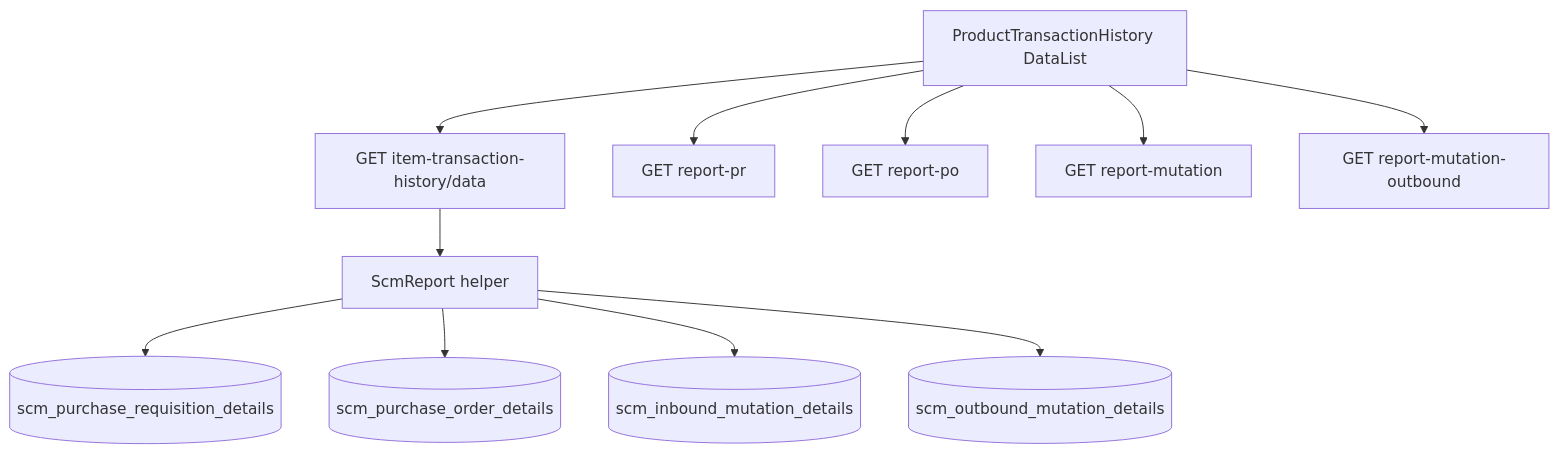
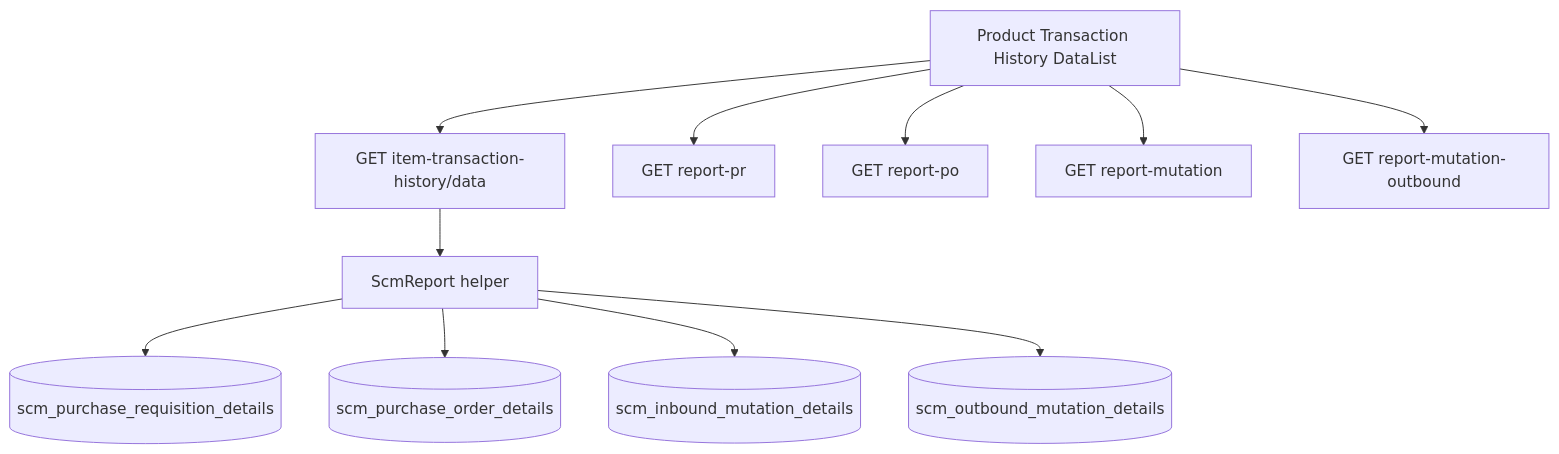
Before and after one commit to yendyr/olshoperp-docs: the diagram in qa-docs/supplychain-product-transaction-history/requirement.md, drawn with Mermaid. The commit also changed other lines of this file and 58 other files, not shown here.

````diff
--- a/qa-docs/supplychain-product-transaction-history/requirement.md
+++ b/qa-docs/supplychain-product-transaction-history/requirement.md
@@ -63,13 +86,13 @@
 ```mermaid
 flowchart TB
-    UI["ProductTransactionHistory DataList"] --> DATA["GET item-transaction-history/data"]
+    UI["Product Transaction History DataList"] --> DATA["GET item-transaction-history/data"]
   UI --> PR["GET report-pr"]
   UI --> PO["GET report-po"]
   UI --> MUT["GET report-mutation"]
   UI --> OUT["GET report-mutation-outbound"]
   DATA --> SR["ScmReport helper"]
   SR --> PRD[("scm_purchase_requisition_details")]
   SR --> POD[("scm_purchase_order_details")]
   SR --> IMD[("scm_inbound_mutation_details")]
   SR --> OMD[("scm_outbound_mutation_details")]
 ```
````
